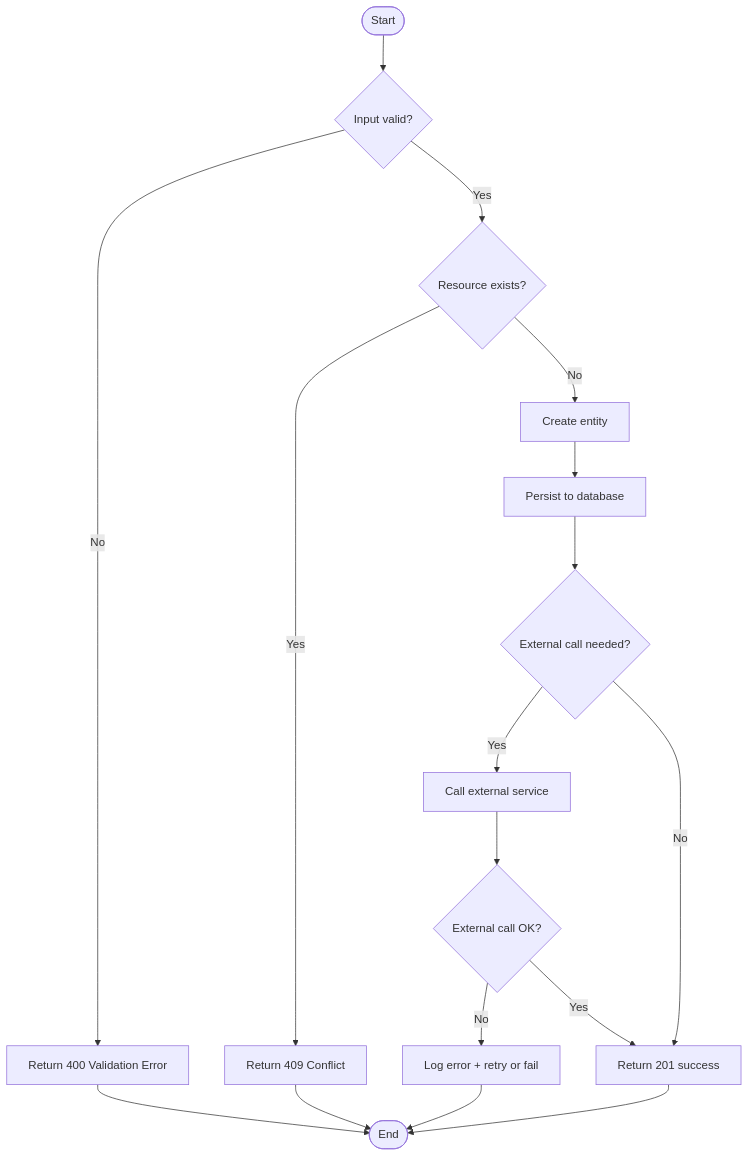
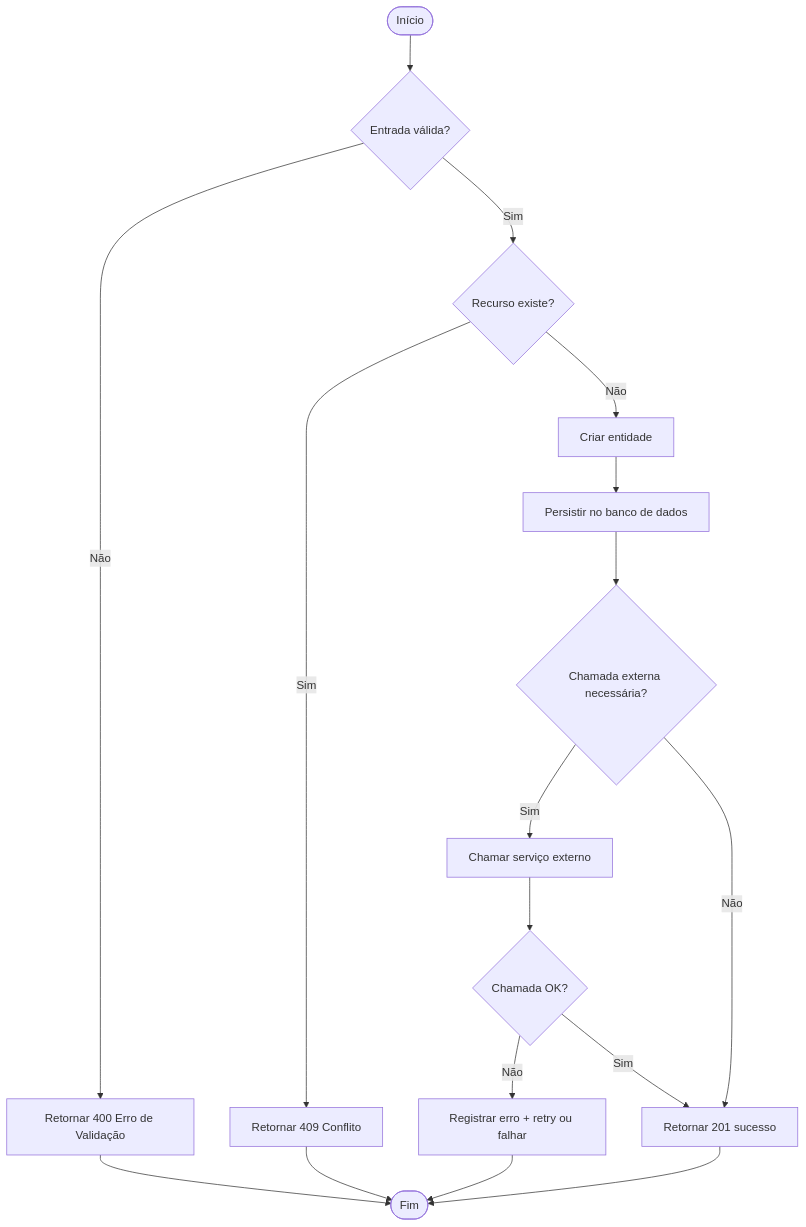
The second of 2 diagrams in spec-driven-development/references/design-template.md (wfercosta/agent-skill-spec-driven-development), drawn with Mermaid before and after one commit. The commit also changed other lines of this file and 21 other files, not shown here.

````diff
--- a/spec-driven-development/references/design-template.md
+++ b/spec-driven-development/references/design-template.md
@@ -108,19 +108,19 @@
 ```mermaid
 flowchart TD
-    A([Start]) --> B{Input valid?}
-    B -->|No| C[Return 400 Validation Error]
-    B -->|Yes| D{Resource exists?}
-    D -->|Yes| E[Return 409 Conflict]
-    D -->|No| F[Create entity]
-    F --> G[Persist to database]
-    G --> H{External call needed?}
-    H -->|Yes| I[Call external service]
-    I --> J{External call OK?}
-    J -->|No| K[Log error + retry or fail]
-    J -->|Yes| L[Return 201 success]
-    H -->|No| L
-    C --> Z([End])
+    A([Início]) --> B{Entrada válida?}
+    B -->|Não| C[Retornar 400 Erro de Validação]
+    B -->|Sim| D{Recurso existe?}
+    D -->|Sim| E[Retornar 409 Conflito]
+    D -->|Não| F[Criar entidade]
+    F --> G[Persistir no banco de dados]
+    G --> H{Chamada externa necessária?}
+    H -->|Sim| I[Chamar serviço externo]
+    I --> J{Chamada OK?}
+    J -->|Não| K[Registrar erro + retry ou falhar]
+    J -->|Sim| L[Retornar 201 sucesso]
+    H -->|Não| L
+    C --> Z([Fim])
     E --> Z
     K --> Z
     L --> Z
 ```
````
